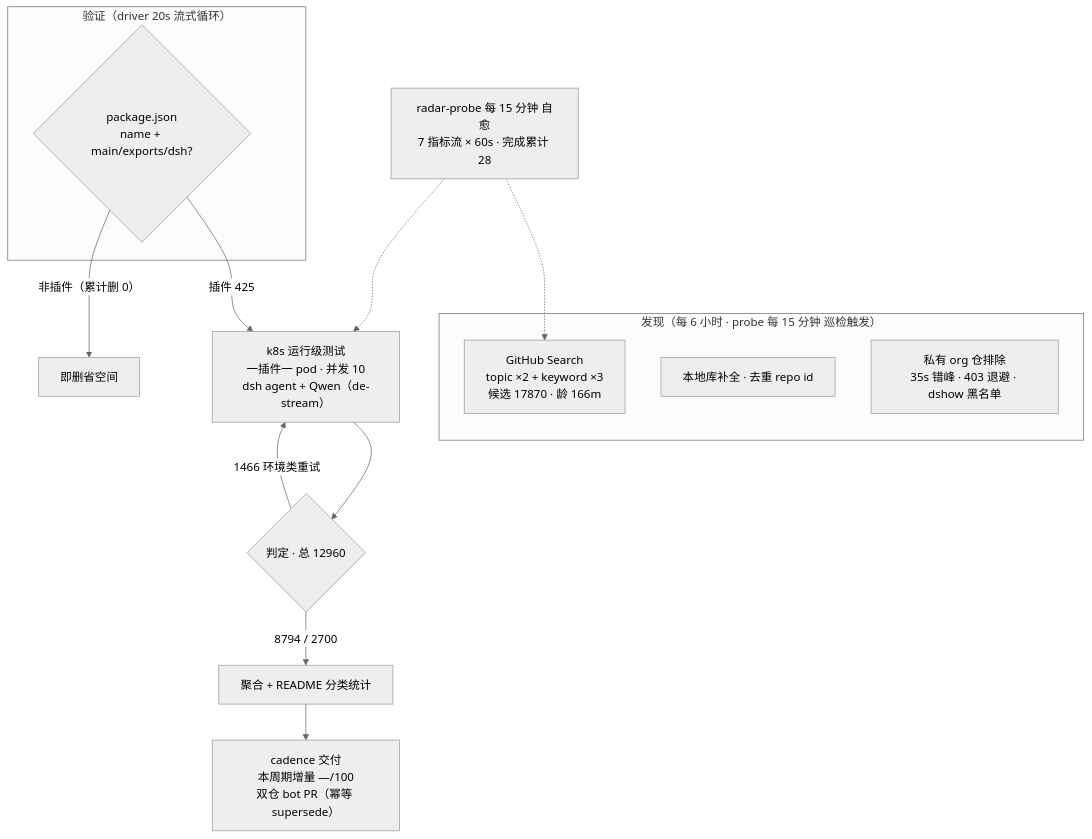
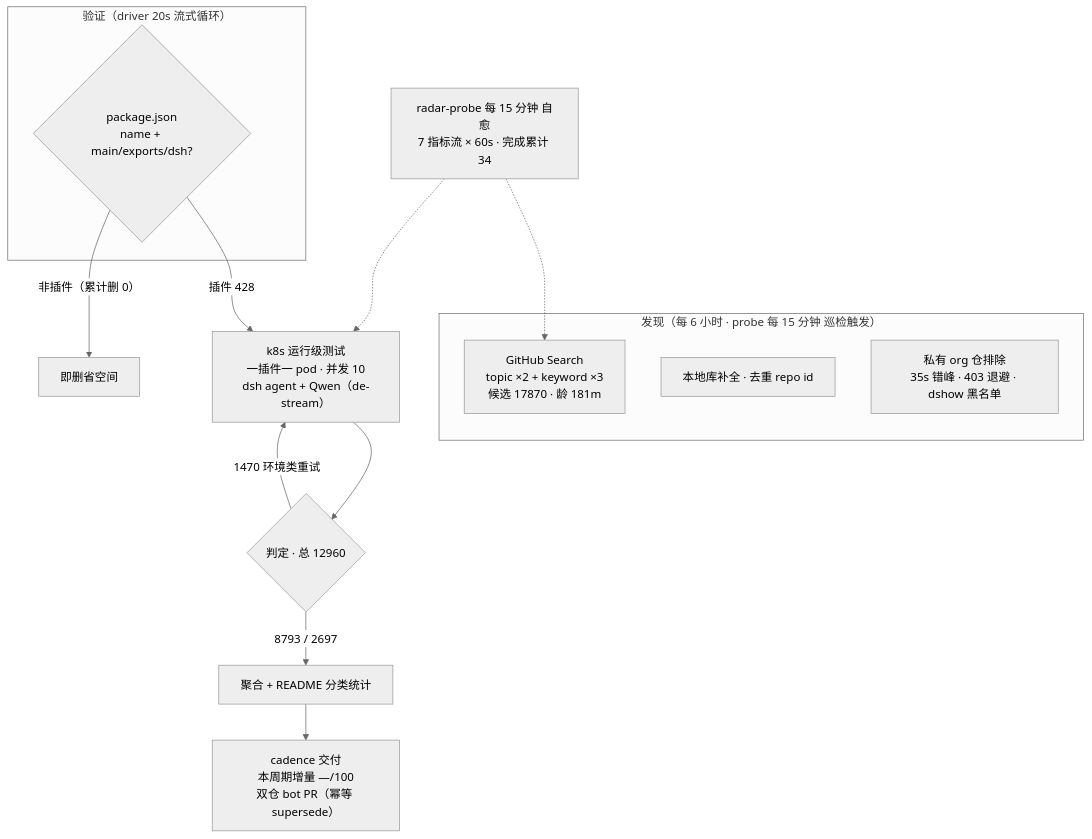
The diagram in README.md (AdamPlatin123/awesome-dsh-plugins), drawn with Mermaid (neutral theme) before and after one commit. The commit also changed other lines of this file and 5 other files, not shown here.

````diff
--- a/README.md
+++ b/README.md
@@ -52,20 +52,20 @@
 ```mermaid
 flowchart TB
     subgraph Discovery["发现（每 6 小时 · probe 每 15 分钟 巡检触发）"]
-        A1["GitHub Search<br/>topic ×2 + keyword ×3<br/>候选 17870 · 龄 166m"]
+        A1["GitHub Search<br/>topic ×2 + keyword ×3<br/>候选 17870 · 龄 181m"]
         A2["本地库补全 · 去重 repo id"]
         A3["私有 org 仓排除<br/>35s 错峰 · 403 退避 · dshow 黑名单"]
     end
     subgraph Validation["验证（driver 20s 流式循环）"]
         B1{"package.json<br/>name + main/exports/dsh?"}
     end
-    B1 -->|"插件 425"| C1["k8s 运行级测试<br/>一插件一 pod · 并发 10<br/>dsh agent + Qwen（de-stream）"]
+    B1 -->|"插件 428"| C1["k8s 运行级测试<br/>一插件一 pod · 并发 10<br/>dsh agent + Qwen（de-stream）"]
     B1 -->|"非插件（累计删 0）"| B3["即删省空间"]
     C1 --> D1{"判定 · 总 12960"}
-    D1 -->|"8794 / 2700"| E1["聚合 + README 分类统计"]
-    D1 -->|"1466 环境类重试"| C1
+    D1 -->|"8793 / 2697"| E1["聚合 + README 分类统计"]
+    D1 -->|"1470 环境类重试"| C1
     E1 --> E2["cadence 交付<br/>本周期增量 —/100<br/>双仓 bot PR（幂等 supersede）"]
-    M["radar-probe 每 15 分钟 自愈<br/>7 指标流 × 60s · 完成累计 28"]
+    M["radar-probe 每 15 分钟 自愈<br/>7 指标流 × 60s · 完成累计 34"]
     M -.-> A1
     M -.-> C1
 ```
````
